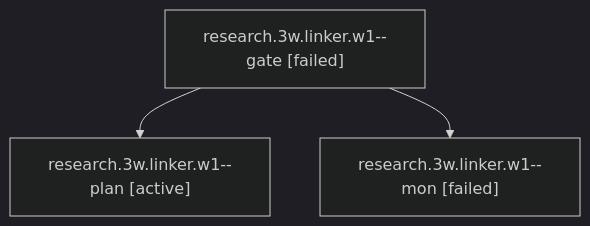
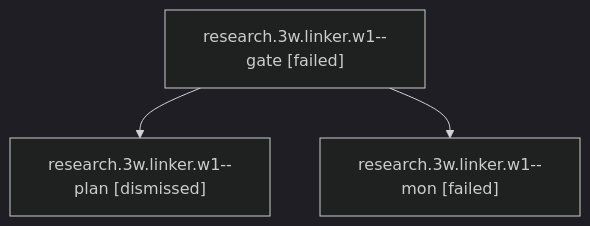
The diagram in sessions/bbugyi200.athena.research.3w.linker.w1.md (bobs-org/bob-cli--agents), drawn with Mermaid (dark theme) before and after one commit. The commit also changed other lines of this file and 602 other files, not shown here.

````diff
--- a/sessions/bbugyi200.athena.research.3w.linker.w1.md
+++ b/sessions/bbugyi200.athena.research.3w.linker.w1.md
@@ -9,8 +9,8 @@
 ```mermaid
 flowchart TD
   n0["research.3w.linker.w1--gate [failed]"]
-  n1["research.3w.linker.w1--plan [active]"]
+  n1["research.3w.linker.w1--plan [dismissed]"]
   n0 --> n1
   n2["research.3w.linker.w1--mon [failed]"]
   n0 --> n2
 ```
````
